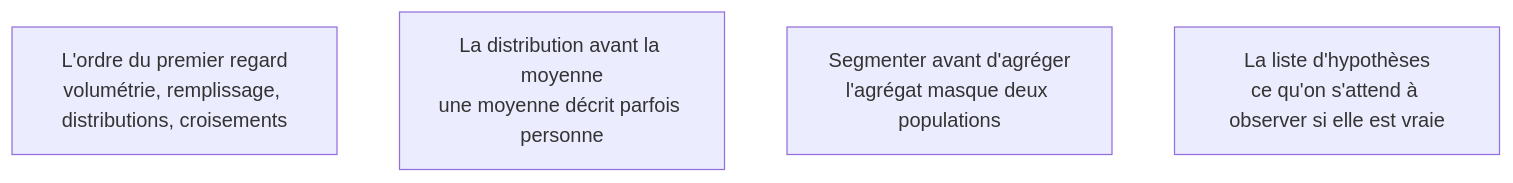
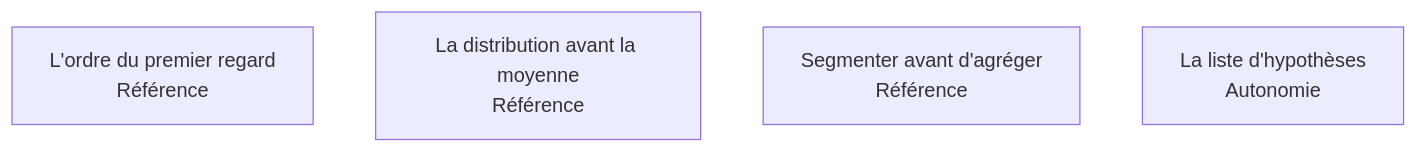
One commit to floSa/Atlas-Metiers-Roadmaps changed the diagram in content/parcours/data-analyst/explorer/index.md. Above: the diagram before and after it, drawn with Mermaid. The commit also changed 20 other files, not shown here.

````diff
--- a/content/parcours/data-analyst/explorer/index.md
+++ b/content/parcours/data-analyst/explorer/index.md
@@ -11,12 +11,12 @@
 ```mermaid
 flowchart TD
-  O["L'ordre du premier regard<br/>volumétrie, remplissage, distributions, croisements"]
-  D["La distribution avant la moyenne<br/>une moyenne décrit parfois personne"]
-  S["Segmenter avant d'agréger<br/>l'agrégat masque deux populations"]
-  H["La liste d'hypothèses<br/>ce qu'on s'attend à observer si elle est vraie"]
+  O["L'ordre du premier regard<br/>Référence"]
+  D["La distribution avant la moyenne<br/>Référence"]
+  S["Segmenter avant d'agréger<br/>Référence"]
+  H["La liste d'hypothèses<br/>Autonomie"]
 
   click O "/parcours/data-analyst/explorer/l-ordre-du-premier-regard"
   click D "/parcours/data-analyst/explorer/la-distribution-avant-la-moyenne"
   click S "/parcours/data-analyst/explorer/segmenter-avant-d-agreger"
   click H "/parcours/data-analyst/explorer/la-liste-d-hypotheses"
 ```
````
